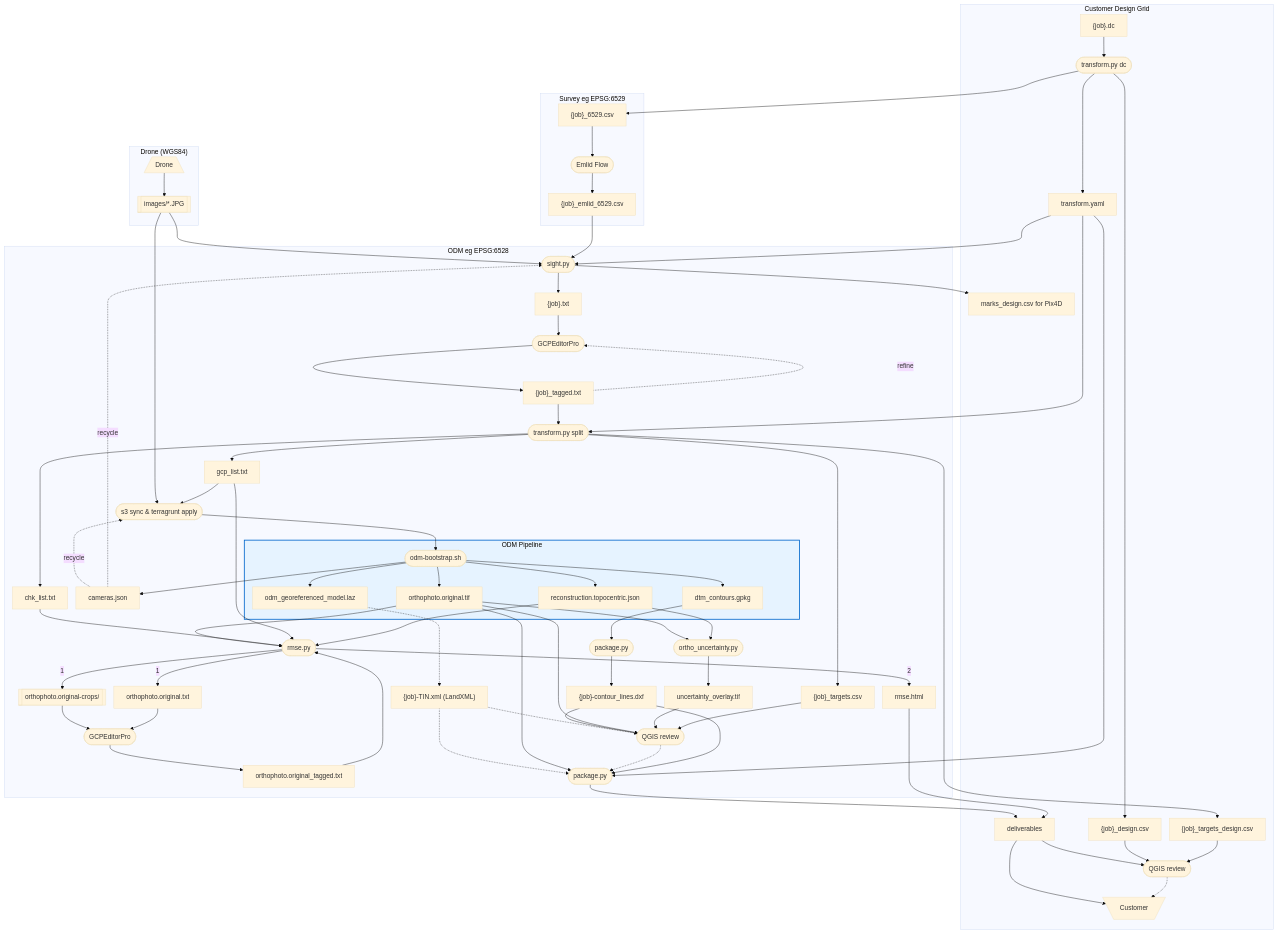
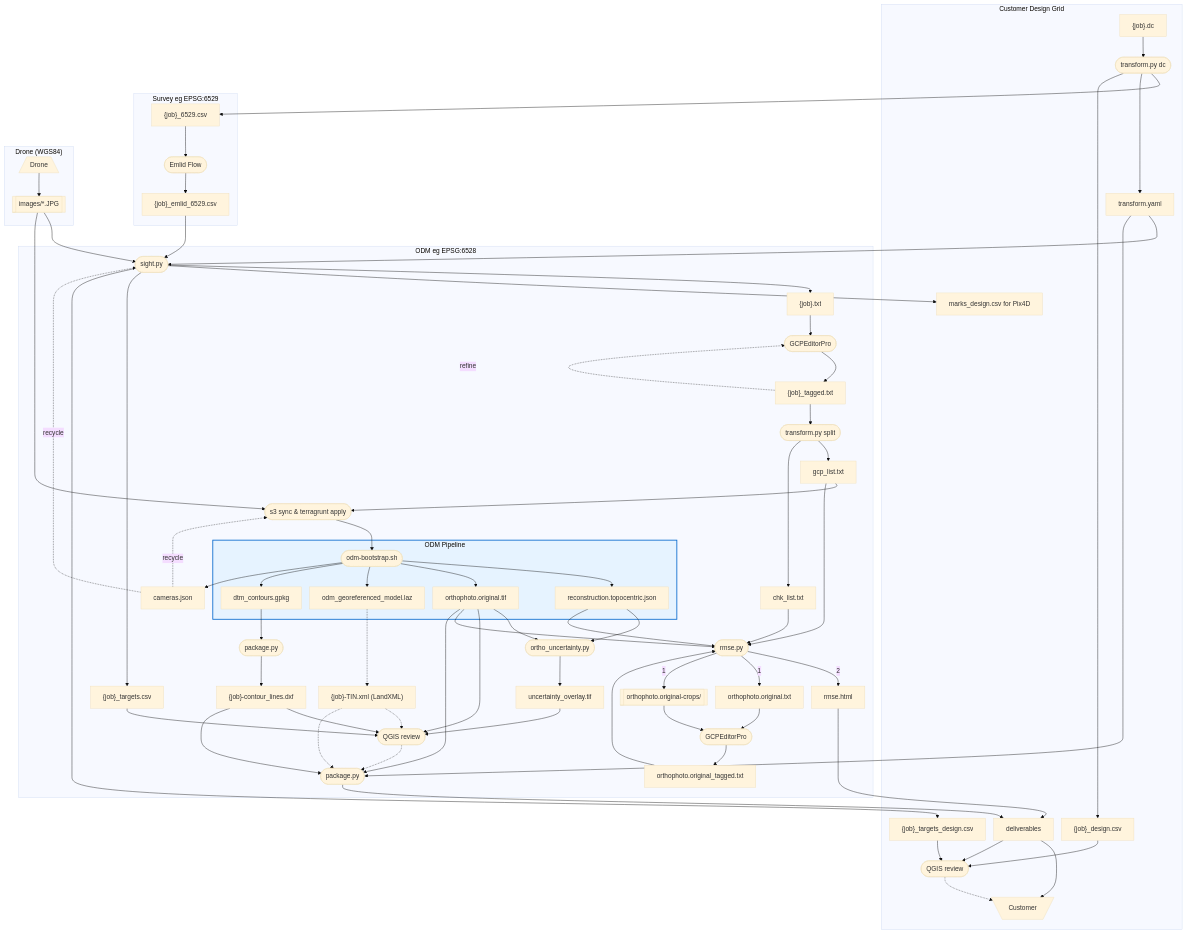
The diagram in docs/odm-workflow.md (jrstear/geo), drawn with Mermaid before and after one commit. The commit also changed other lines of this file and 3 other files, not shown here.

First line of the commit message:
fix(geo-s074): sight.py owns targets CSVs; monument filter via Origin + coord-match + keyword

```diff
--- a/docs/odm-workflow.md
+++ b/docs/odm-workflow.md
@@ -106,6 +106,7 @@
         qgis_cloud
     end
 
+    images --> sight
     images --> launch_odm
     launch_odm --> odm
     cust_dc --> extract
@@ -114,21 +115,20 @@
     extract --> points_design
     points_6529 --> emlid
     drone --> images
-    images --> sight
     emlid --> all --> sight
     sight --> pretag
     sight --> marks
+    sight --> targets
+    sight --> targets_design
     pretag --> gcpeditor
     gcpeditor --> tagged
     tagged --> split
     tagged -.-> |refine| gcpeditor
     transform_yaml --> sight
-    transform_yaml --> split
     split --> gcp_list
     split --> chk_list
-    split --> targets
-    split --> targets_design
     gcp_list --> launch_odm
+    gcp_list --> rmse
     odm --> model
     cameras -.-> |recycle| launch_odm
     cameras -.-> |recycle| sight
@@ -149,7 +149,6 @@
     orthophoto --> qgis_cloud
     orthophoto --> rmse
     chk_list --> rmse
-    gcp_list --> rmse
     orthophoto --> packager
     qgis_cloud -.-> packager
     model --> uncertainty
```
